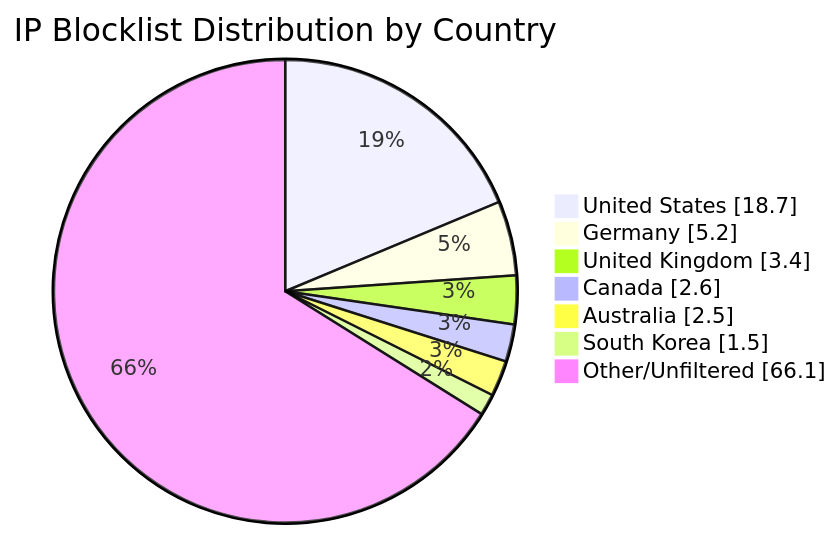
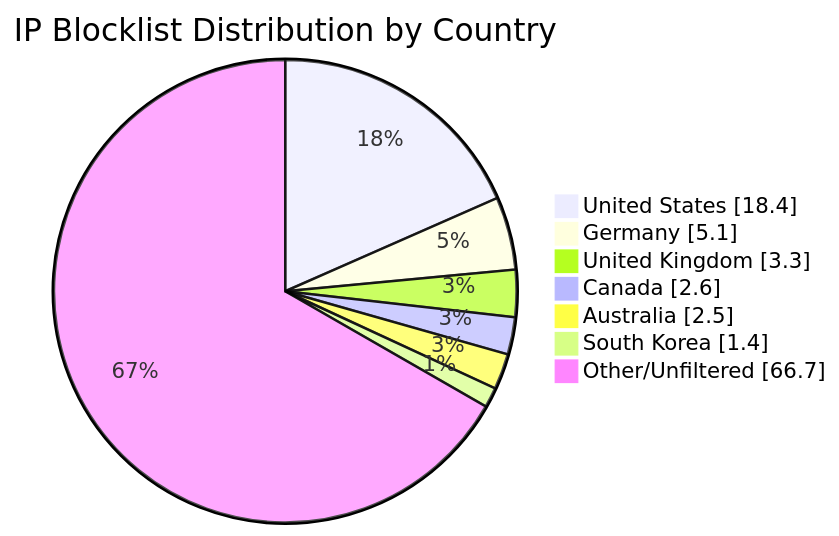
One commit to MarcusHoltz/ipblocklist-geofiltered-aggregator changed the diagram in README.md. Above: the diagram before and after it, drawn with Mermaid. The commit also changed other lines of this file and 9 other files, not shown here.

````diff
--- a/README.md
+++ b/README.md
@@ -34,10 +34,10 @@
 ```mermaid
 pie showData title IP Blocklist Distribution by Country
-"United States" : 18.7
-"Germany" : 5.2
-"United Kingdom" : 3.4
+"United States" : 18.4
+"Germany" : 5.1
+"United Kingdom" : 3.3
 "Canada" : 2.6
 "Australia" : 2.5
-"South Korea" : 1.5
-"Other/Unfiltered" : 66.1
+"South Korea" : 1.4
+"Other/Unfiltered" : 66.7
 ```
````
